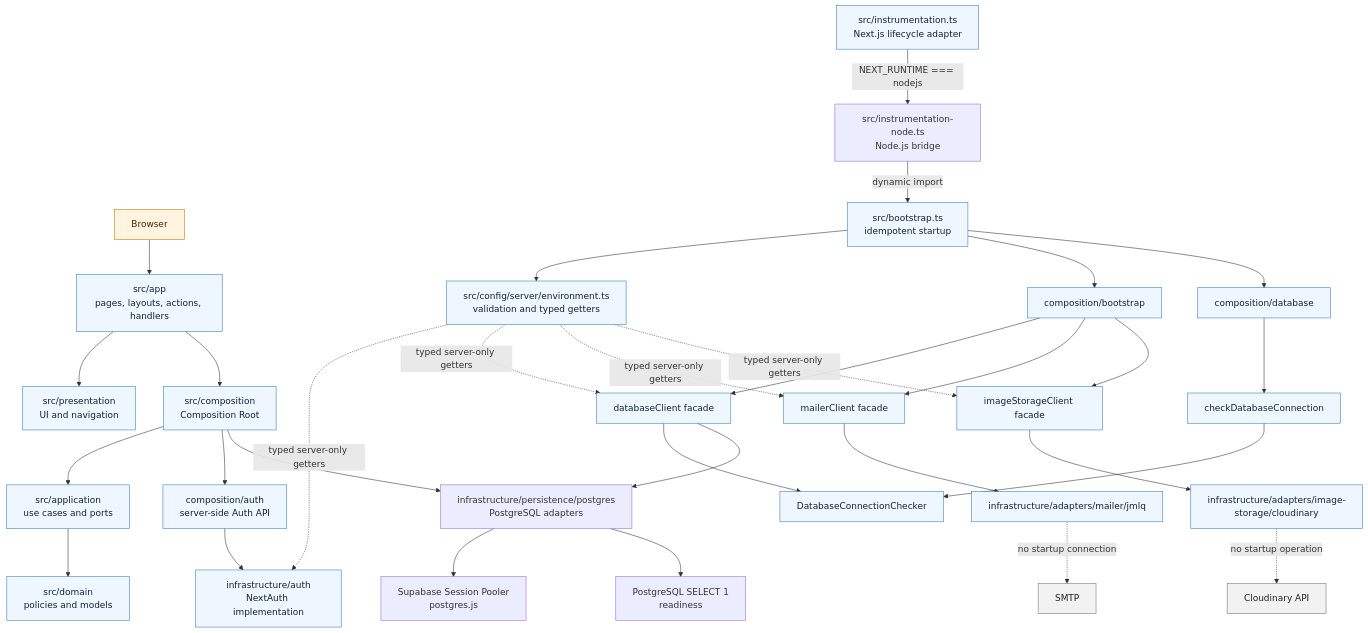
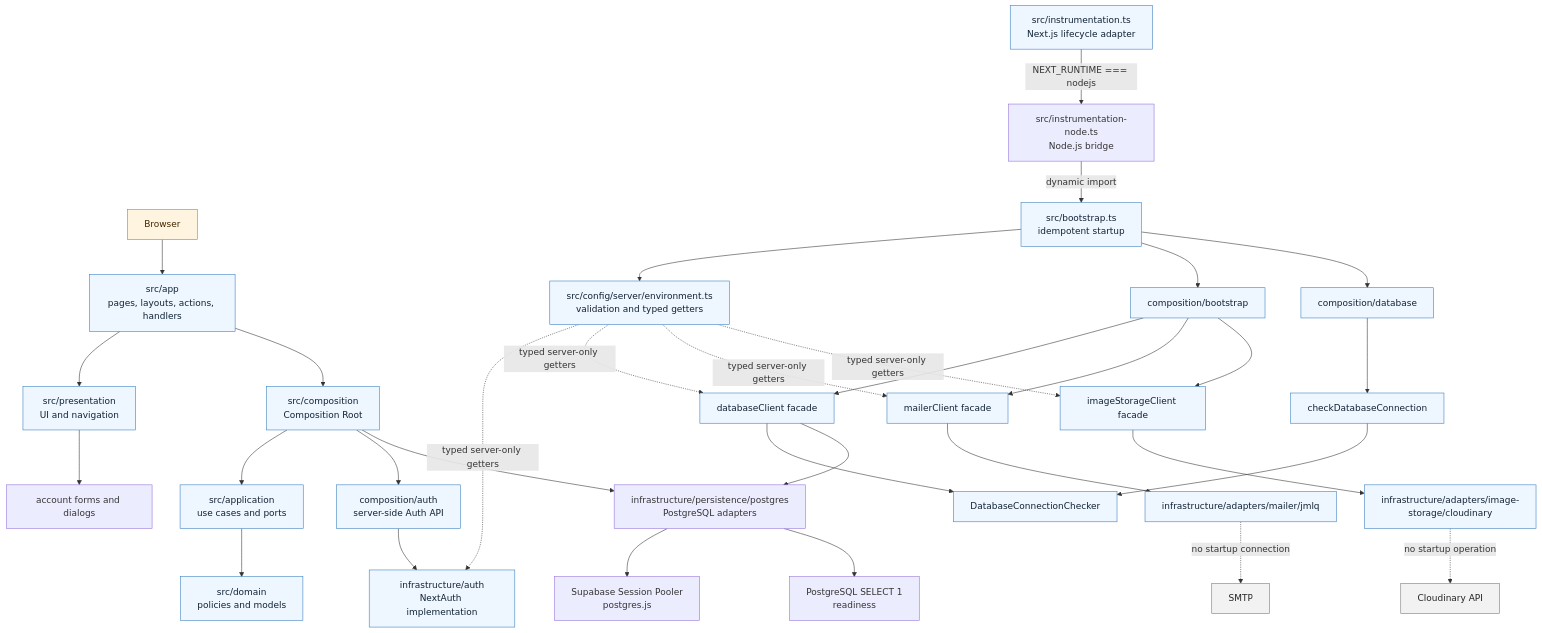
The diagram in architecture.md (MLahuasi/opencode-daycare), drawn with Mermaid before and after one commit. The commit also changed other lines of this file and 13 other files, not shown here.

````diff
--- a/architecture.md
+++ b/architecture.md
@@ -80,43 +87,44 @@
 ```mermaid
 flowchart TB
     BROWSER[Browser] --> ROUTES[src/app<br/>pages, layouts, actions, handlers]
     ROUTES --> PRESENTATION[src/presentation<br/>UI and navigation]
+    PRESENTATION --> ACCOUNT_UI[account forms and dialogs]
     ROUTES --> COMPOSITION[src/composition<br/>Composition Root]
 
     COMPOSITION --> APPLICATION[src/application<br/>use cases and ports]
     APPLICATION --> DOMAIN[src/domain<br/>policies and models]
     COMPOSITION --> AUTH[composition/auth<br/>server-side Auth API]
     AUTH --> AUTH_INFRA[infrastructure/auth<br/>NextAuth implementation]
      COMPOSITION --> POSTGRES[infrastructure/persistence/postgres<br/>PostgreSQL adapters]
     POSTGRES --> POOLER[Supabase Session Pooler<br/>postgres.js]
 
     INSTRUMENTATION[src/instrumentation.ts<br/>Next.js lifecycle adapter] -->|NEXT_RUNTIME === nodejs| NODE_INSTRUMENTATION[src/instrumentation-node.ts<br/>Node.js bridge]
     NODE_INSTRUMENTATION -->|dynamic import| BOOTSTRAP[src/bootstrap.ts<br/>idempotent startup]
     BOOTSTRAP --> ENV[src/config/server/environment.ts<br/>validation and typed getters]
     BOOTSTRAP --> BOOT_COMPOSITION[composition/bootstrap]
     BOOTSTRAP --> DB_COMPOSITION[composition/database]
     BOOT_COMPOSITION --> DB_FACADE[databaseClient facade]
     BOOT_COMPOSITION --> MAIL_FACADE[mailerClient facade]
     BOOT_COMPOSITION --> IMAGE_FACADE[imageStorageClient facade]
     DB_COMPOSITION --> CHECK_USE_CASE[checkDatabaseConnection]
     CHECK_USE_CASE --> DB_PORT[DatabaseConnectionChecker]
     DB_FACADE --> DB_PORT
     DB_FACADE --> POSTGRES
     POSTGRES --> READINESS[PostgreSQL SELECT 1<br/>readiness]
     MAIL_FACADE --> JMLQ[infrastructure/adapters/mailer/jmlq]
     JMLQ -. no startup connection .-> SMTP[SMTP]
     IMAGE_FACADE --> CLOUDINARY[infrastructure/adapters/image-storage/cloudinary]
     CLOUDINARY -. no startup operation .-> CLOUDINARY_API[Cloudinary API]
 
     ENV -. typed server-only getters .-> AUTH_INFRA
     ENV -. typed server-only getters .-> DB_FACADE
     ENV -. typed server-only getters .-> MAIL_FACADE
     ENV -. typed server-only getters .-> IMAGE_FACADE
 
     classDef server fill:#eef6ff,stroke:#377dbe,color:#123;
     classDef boundary fill:#fff4df,stroke:#c27b00,color:#432800;
     classDef external fill:#f2f2f2,stroke:#777,color:#222;
      class ROUTES,PRESENTATION,COMPOSITION,APPLICATION,DOMAIN,AUTH,AUTH_INFRA,INSTRUMENTATION,RUNTIME,BOOTSTRAP,ENV,BOOT_COMPOSITION,DB_COMPOSITION,DB_FACADE,MAIL_FACADE,IMAGE_FACADE,DB_PORT,CHECK_USE_CASE,SUPABASE_PROVIDER,JMLQ,CLOUDINARY server;
     class BROWSER boundary;
     class SUPABASE,SMTP,CLOUDINARY_API external;
 ```
````
